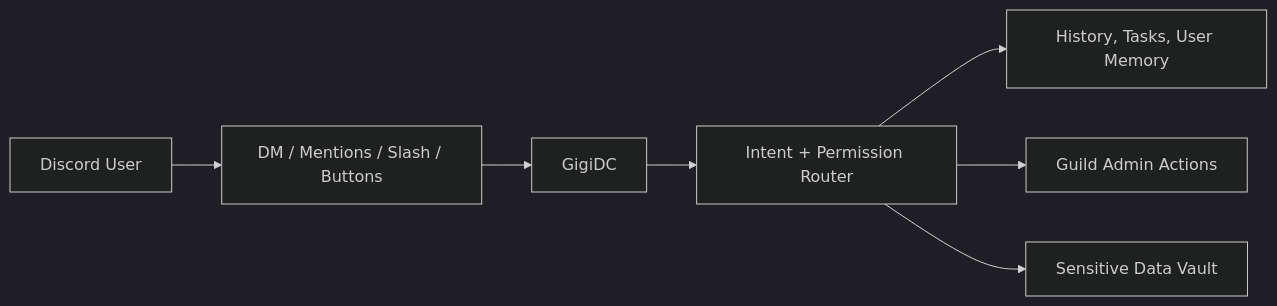
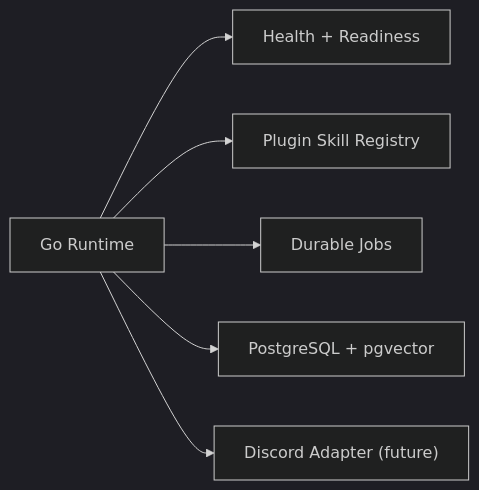
Before and after one commit to gOps132/GigiDC: the diagram in docs/index.mdx, drawn with Mermaid (dark theme). The commit also changed other lines of this file and 26 other files, not shown here.

````diff
--- a/docs/index.mdx
+++ b/docs/index.mdx
@@ -44,9 +16,8 @@
 ```mermaid
 flowchart LR
-    User["Discord User"] --> Surface["DM / Mentions / Slash / Buttons"]
-    Surface --> Gigi["GigiDC"]
-    Gigi --> Router["Intent + Permission Router"]
-    Router --> Memory["History, Tasks, User Memory"]
-    Router --> Admin["Guild Admin Actions"]
-    Router --> Secrets["Sensitive Data Vault"]
+  Runtime["Go Runtime"] --> Health["Health + Readiness"]
+  Runtime --> Plugins["Plugin Skill Registry"]
+  Runtime --> Jobs["Durable Jobs"]
+  Runtime --> Storage["PostgreSQL + pgvector"]
+  Runtime --> Discord["Discord Adapter (future)"]
 ```
````
